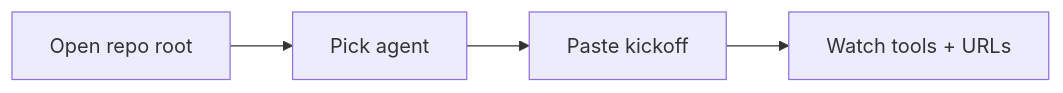
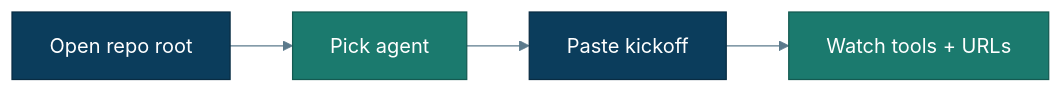
One commit to Jericho2010/edwmigration changed the diagram in docs/agent-setup.md. Above: the diagram before and after it, drawn with Mermaid. The commit also changed other lines of this file and 25 other files, not shown here.

First line of the commit message:
Add enterprise SoD docs, themed diagrams, glossary, and Cursor UI guide.

````diff
--- a/docs/agent-setup.md
+++ b/docs/agent-setup.md
@@ -32,6 +33,11 @@
 ```mermaid
+%%{init: {"theme":"base","themeVariables":{"primaryColor":"#E8F1F8","primaryTextColor":"#0B3D5C","primaryBorderColor":"#0B3D5C","lineColor":"#5B7A8C","secondaryColor":"#E6F4F1","tertiaryColor":"#F7F3EA","background":"#FFFFFF","mainBkg":"#E8F1F8","clusterBkg":"#F7FAFC","clusterBorder":"#5B7A8C","titleColor":"#0B3D5C","edgeLabelBackground":"#FFFFFF"}}}%%
 flowchart LR
   Open[Open repo root] --> Pick[Pick agent]
   Pick --> Paste[Paste kickoff]
   Paste --> Watch[Watch tools + URLs]
+  classDef user fill:#0B3D5C,stroke:#082C43,color:#fff
+  classDef agent fill:#1B7A6E,stroke:#145A51,color:#fff
+  class Open,Paste user
+  class Pick,Watch agent
 ```
````
